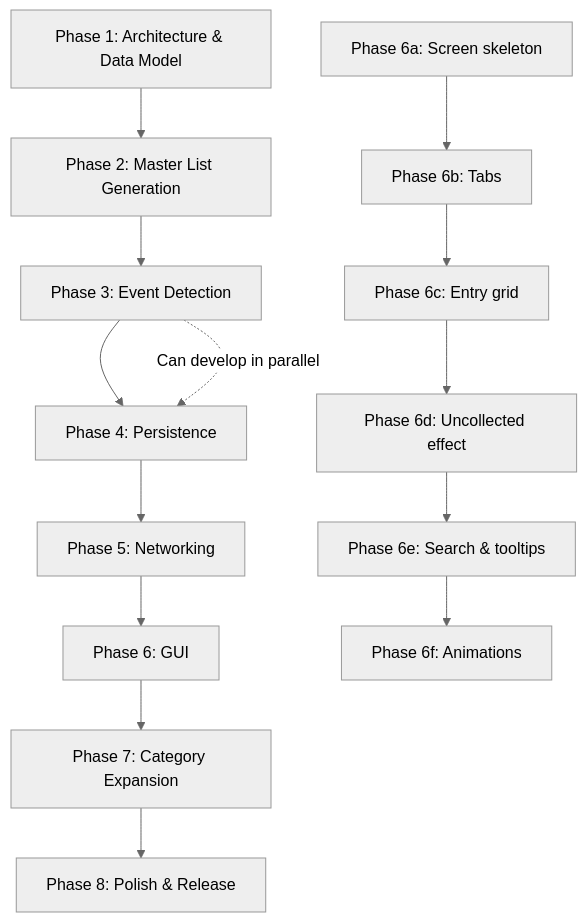
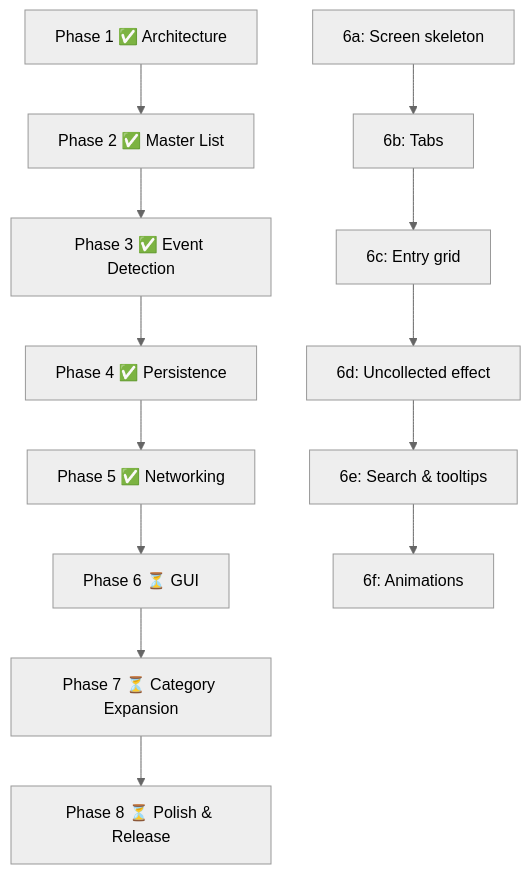
Before and after one commit to CodeTimmy/itemcollector: the diagram in Roadmap.md, drawn with Mermaid (neutral theme). The commit also changed other lines of this file, not shown here.

First line of the commit message:
Revise roadmap for Collection Log Mod v2

````diff
--- a/Roadmap.md
+++ b/Roadmap.md
@@ -61,17 +59,16 @@
 ```mermaid
 graph TD
-    P1[Phase 1: Architecture & Data Model] --> P2[Phase 2: Master List Generation]
-    P2 --> P3[Phase 3: Event Detection]
-    P3 --> P4[Phase 4: Persistence]
-    P4 --> P5[Phase 5: Networking]
-    P5 --> P6[Phase 6: GUI]
-    P6 --> P7[Phase 7: Category Expansion]
-    P7 --> P8[Phase 8: Polish & Release]
+    P1[Phase 1 ✅ Architecture] --> P2[Phase 2 ✅ Master List]
+    P2 --> P3[Phase 3 ✅ Event Detection]
+    P3 --> P4[Phase 4 ✅ Persistence]
+    P4 --> P5[Phase 5 ✅ Networking]
+    P5 --> P6[Phase 6 ⏳ GUI]
+    P6 --> P7[Phase 7 ⏳ Category Expansion]
+    P7 --> P8[Phase 8 ⏳ Polish & Release]
 
-    P3 -.->|Can develop in parallel| P4
-    P6a[Phase 6a: Screen skeleton] --> P6b[Phase 6b: Tabs]
-    P6b --> P6c[Phase 6c: Entry grid]
-    P6c --> P6d[Phase 6d: Uncollected effect]
-    P6d --> P6e[Phase 6e: Search & tooltips]
-    P6e --> P6f[Phase 6f: Animations]
+    P6a[6a: Screen skeleton] --> P6b[6b: Tabs]
+    P6b --> P6c[6c: Entry grid]
+    P6c --> P6d[6d: Uncollected effect]
+    P6d --> P6e[6e: Search & tooltips]
+    P6e --> P6f[6f: Animations]
 ```
````
